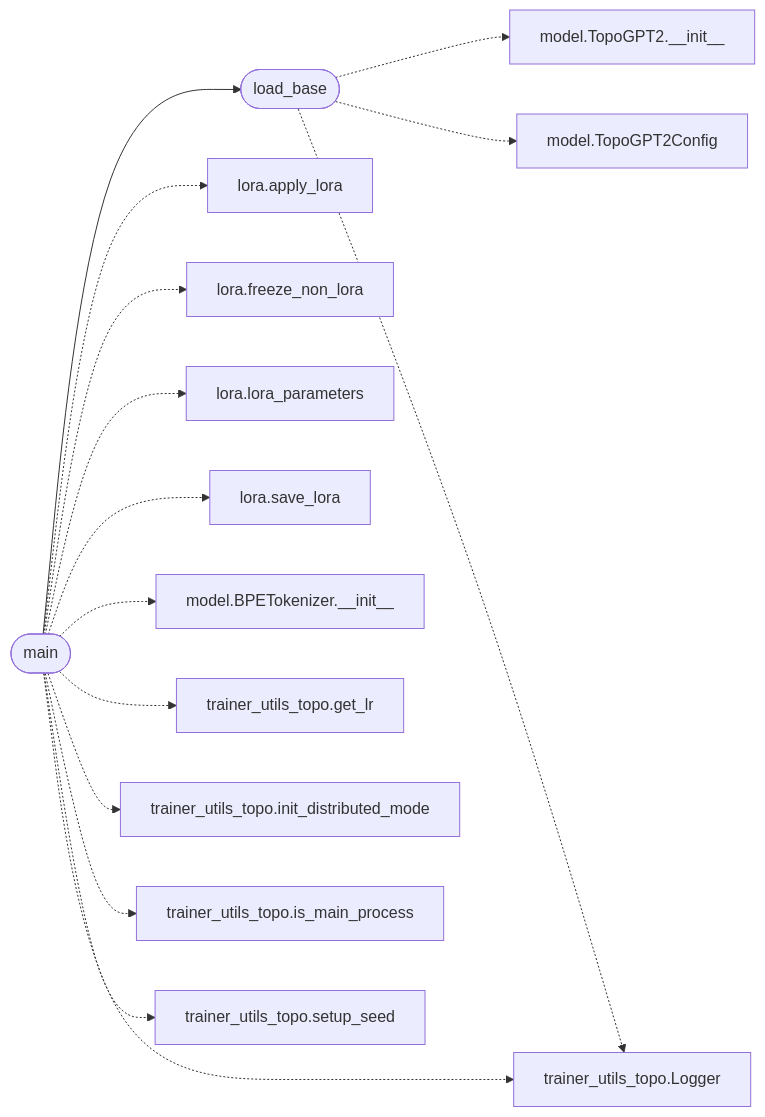
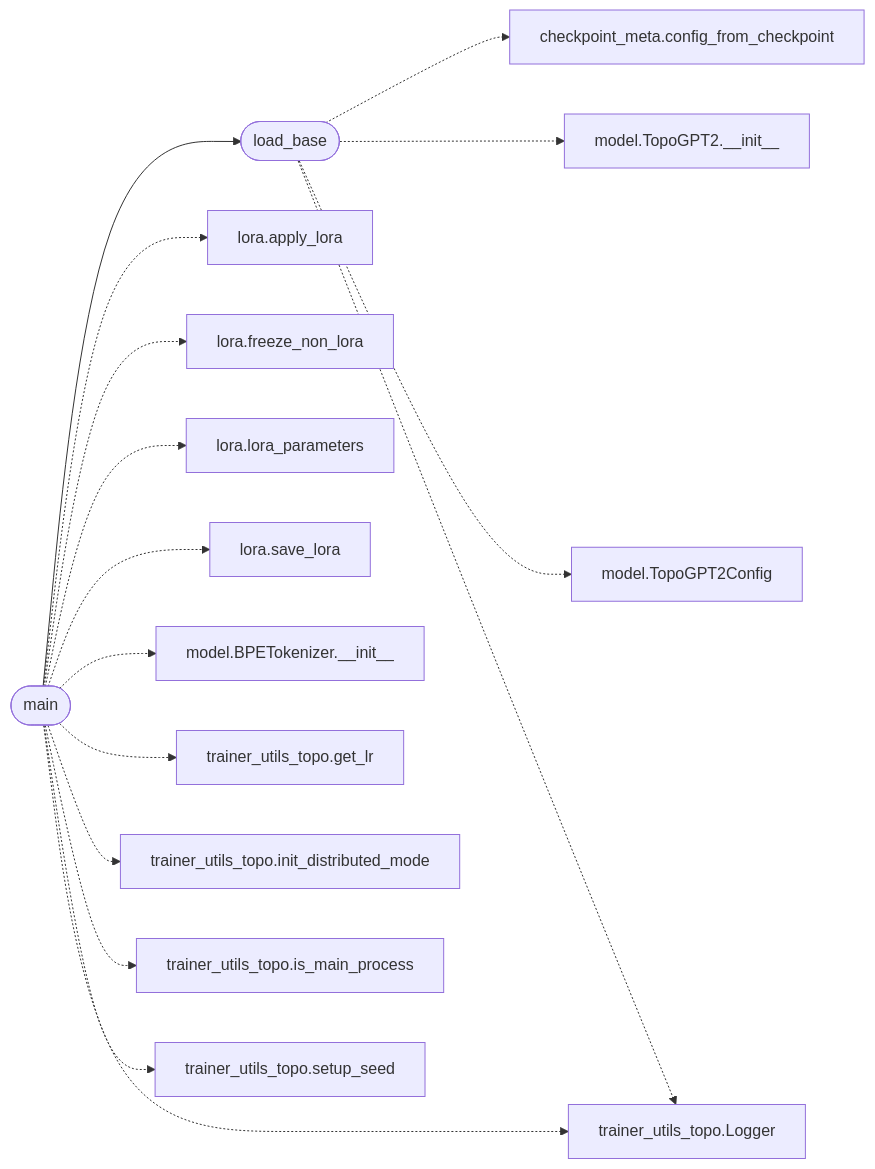
The diagram in readmenator-apidocs/modules/topogpt3.train_lora.py.md (grisuno/TopoGPT3), drawn with Mermaid before and after one commit. The commit also changed other lines of this file and 185 other files, not shown here.

````diff
--- a/readmenator-apidocs/modules/topogpt3.train_lora.py.md
+++ b/readmenator-apidocs/modules/topogpt3.train_lora.py.md
@@ -17,31 +17,33 @@
 ```mermaid
 flowchart LR
     n_topogpt3_train_lora_py__main(["main"])
     n_topogpt3_train_lora_py__load_base(["load_base"])
+    n_topogpt3_checkpoint_meta_py__config_from_checkpoint["checkpoint_meta.config_from_checkpoint"]
     n_topogpt3_model_py__TopoGPT2___init__["model.TopoGPT2.__init__"]
     n_topogpt3_model_py__TopoGPT2Config["model.TopoGPT2Config"]
     n_topogpt3_trainer_utils_topo_py__Logger["trainer_utils_topo.Logger"]
     n_topogpt3_lora_py__apply_lora["lora.apply_lora"]
     n_topogpt3_lora_py__freeze_non_lora["lora.freeze_non_lora"]
     n_topogpt3_lora_py__lora_parameters["lora.lora_parameters"]
     n_topogpt3_lora_py__save_lora["lora.save_lora"]
     n_topogpt3_model_py__BPETokenizer___init__["model.BPETokenizer.__init__"]
     n_topogpt3_trainer_utils_topo_py__get_lr["trainer_utils_topo.get_lr"]
     n_topogpt3_trainer_utils_topo_py__init_distributed_mode["trainer_utils_topo.init_distributed_mode"]
     n_topogpt3_trainer_utils_topo_py__is_main_process["trainer_utils_topo.is_main_process"]
     n_topogpt3_trainer_utils_topo_py__setup_seed["trainer_utils_topo.setup_seed"]
     n_topogpt3_train_lora_py__main --> n_topogpt3_train_lora_py__load_base
+    n_topogpt3_train_lora_py__load_base -.-> n_topogpt3_checkpoint_meta_py__config_from_checkpoint
     n_topogpt3_train_lora_py__load_base -.-> n_topogpt3_model_py__TopoGPT2___init__
     n_topogpt3_train_lora_py__load_base -.-> n_topogpt3_model_py__TopoGPT2Config
     n_topogpt3_train_lora_py__load_base -.-> n_topogpt3_trainer_utils_topo_py__Logger
     n_topogpt3_train_lora_py__main -.-> n_topogpt3_lora_py__apply_lora
     n_topogpt3_train_lora_py__main -.-> n_topogpt3_lora_py__freeze_non_lora
     n_topogpt3_train_lora_py__main -.-> n_topogpt3_lora_py__lora_parameters
     n_topogpt3_train_lora_py__main -.-> n_topogpt3_lora_py__save_lora
     n_topogpt3_train_lora_py__main -.-> n_topogpt3_model_py__BPETokenizer___init__
     n_topogpt3_train_lora_py__main -.-> n_topogpt3_trainer_utils_topo_py__Logger
     n_topogpt3_train_lora_py__main -.-> n_topogpt3_trainer_utils_topo_py__get_lr
     n_topogpt3_train_lora_py__main -.-> n_topogpt3_trainer_utils_topo_py__init_distributed_mode
     n_topogpt3_train_lora_py__main -.-> n_topogpt3_trainer_utils_topo_py__is_main_process
     n_topogpt3_train_lora_py__main -.-> n_topogpt3_trainer_utils_topo_py__setup_seed
 ```
````
